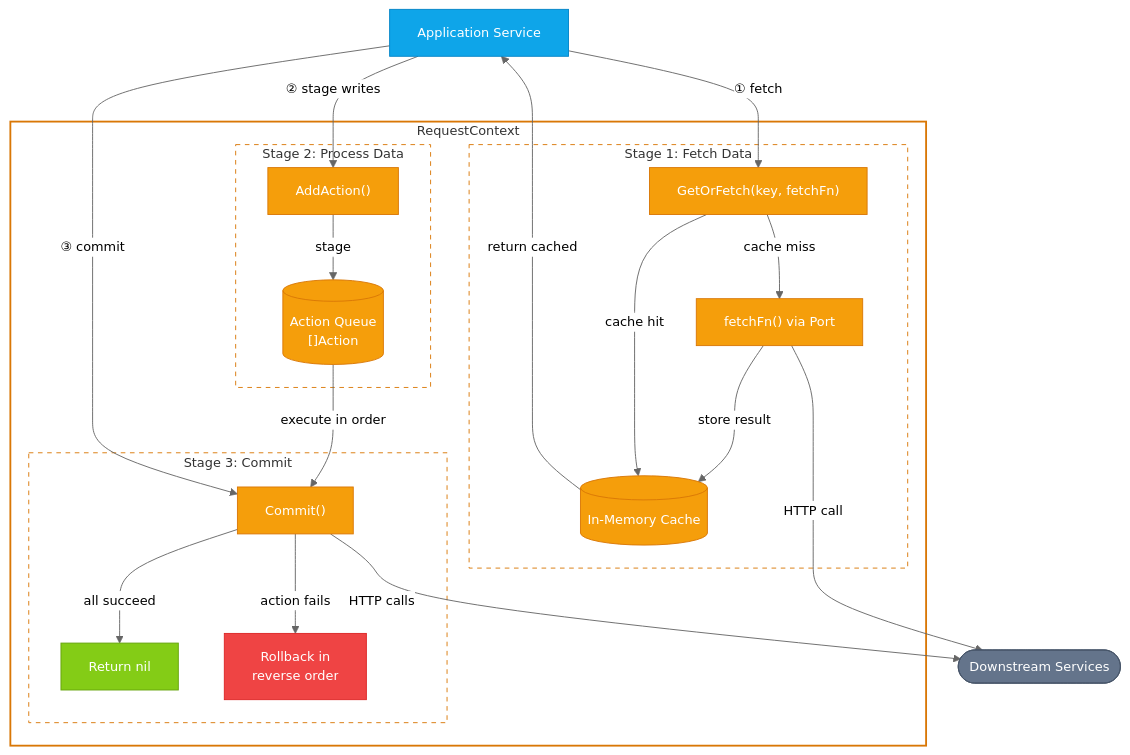
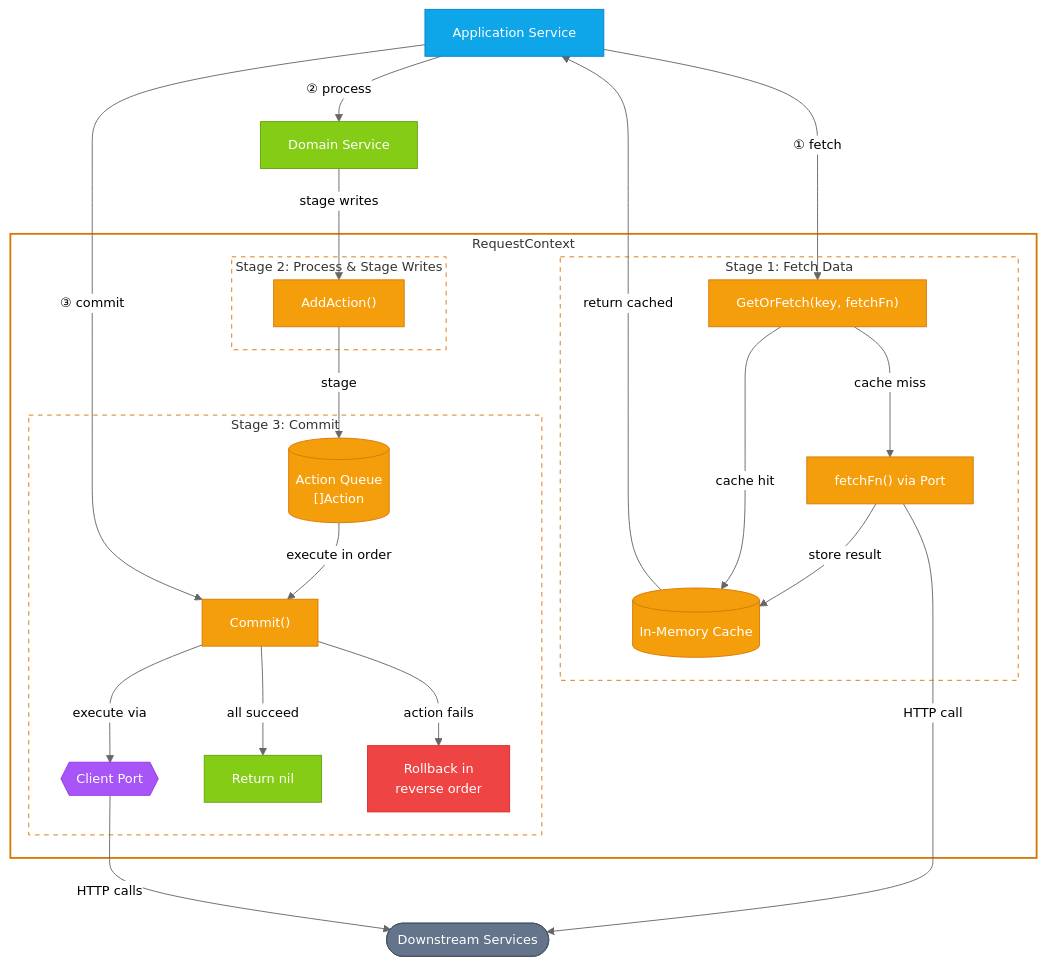
One commit to jsamuelsen11/go-service-template-v2 changed the fourth of 8 diagrams in docs/ARCHITECTURE.md. Above: the diagram before and after it, drawn with Mermaid. The commit also changed other lines of this file and 1 other file, not shown here.

First line of the commit message:
docs: update hexagonal architecture diagrams and add domain services

````diff
--- a/docs/ARCHITECTURE.md
+++ b/docs/ARCHITECTURE.md
@@ -995,54 +996,61 @@
 ```mermaid
 %%{init: {'theme': 'neutral', 'themeVariables': { 'fontSize': '14px' }}}%%
 flowchart TB
     AppSvc["Application Service"]
+    DomSvc["Domain Service"]
 
     subgraph rc["RequestContext"]
         subgraph stage1["Stage 1: Fetch Data"]
             GOF["GetOrFetch(key, fetchFn)"]
             Cache[("In-Memory Cache")]
             GOF -->|"cache miss"| FetchFn["fetchFn() via Port"]
             FetchFn -->|"store result"| Cache
             GOF -->|"cache hit"| Cache
         end
 
-        subgraph stage2["Stage 2: Process Data"]
+        subgraph stage2["Stage 2: Process & Stage Writes"]
             AddAct["AddAction()"]
-            Queue[("Action Queue<br/>[]Action")]
-            AddAct -->|"stage"| Queue
         end
+
+        Queue[("Action Queue<br/>[]Action")]
+        AddAct -->|"stage"| Queue
 
         subgraph stage3["Stage 3: Commit"]
             Commit["Commit()"]
+            CliPort{{"Client Port"}}
             Success["Return nil"]
             Rollback["Rollback in<br/>reverse order"]
             Queue -->|"execute in order"| Commit
+            Commit -->|"execute via"| CliPort
             Commit -->|"all succeed"| Success
             Commit -->|"action fails"| Rollback
         end
     end
 
     Downstream(["Downstream Services"])
     FetchFn -->|"HTTP call"| Downstream
-    Commit -->|"HTTP calls"| Downstream
+    CliPort -->|"HTTP calls"| Downstream
 
     AppSvc -->|"① fetch"| GOF
     Cache -->|"return cached"| AppSvc
-    AppSvc -->|"② stage writes"| AddAct
+    AppSvc -->|"② process"| DomSvc
+    DomSvc -->|"stage writes"| AddAct
     AppSvc -->|"③ commit"| Commit
 
     style AppSvc fill:#0ea5e9,stroke:#0284c7,color:#fff
+    style DomSvc fill:#84cc16,stroke:#65a30d,color:#fff
     style GOF fill:#f59e0b,stroke:#d97706,color:#fff
     style Cache fill:#f59e0b,stroke:#d97706,color:#fff
     style FetchFn fill:#f59e0b,stroke:#d97706,color:#fff
     style AddAct fill:#f59e0b,stroke:#d97706,color:#fff
     style Queue fill:#f59e0b,stroke:#d97706,color:#fff
     style Commit fill:#f59e0b,stroke:#d97706,color:#fff
+    style CliPort fill:#a855f7,stroke:#9333ea,color:#fff
     style Downstream fill:#64748b,stroke:#475569,color:#fff
     style Success fill:#84cc16,stroke:#65a30d,color:#fff
     style Rollback fill:#ef4444,stroke:#dc2626,color:#fff
     style rc fill:none,stroke:#d97706,stroke-width:2px
     style stage1 fill:none,stroke:#d97706,stroke-dasharray: 5 5
     style stage2 fill:none,stroke:#d97706,stroke-dasharray: 5 5
     style stage3 fill:none,stroke:#d97706,stroke-dasharray: 5 5
 ```
````
